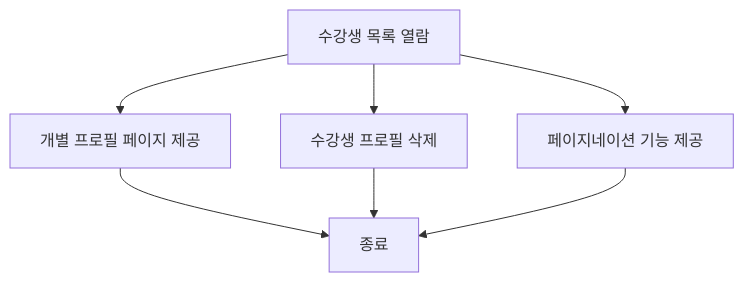
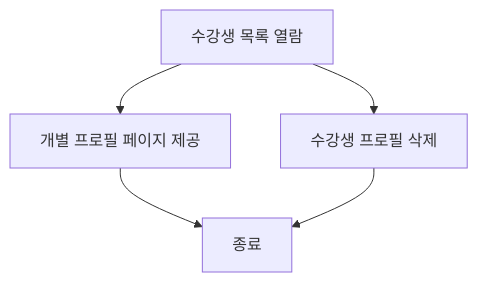
Before and after one commit to Dev-FE-1/Toy_Project_Team-4: diagram 11 of 17 in design/기능 정의서.md, drawn with Mermaid. The commit also changed other lines of this file, not shown here.

````diff
--- a/design/기능 정의서.md
+++ b/design/기능 정의서.md
@@ -295,11 +294,9 @@
 ```mermaid
 flowchart TD
    
 
  A[수강생 목록 열람] --> B[개별 프로필 페이지 제공]
     A --> C[수강생 프로필 삭제]
-    A --> D[페이지네이션 기능 제공]
     B --> Z[종료]
     C --> Z[종료]
-    D --> Z[종료]
 ```
````
